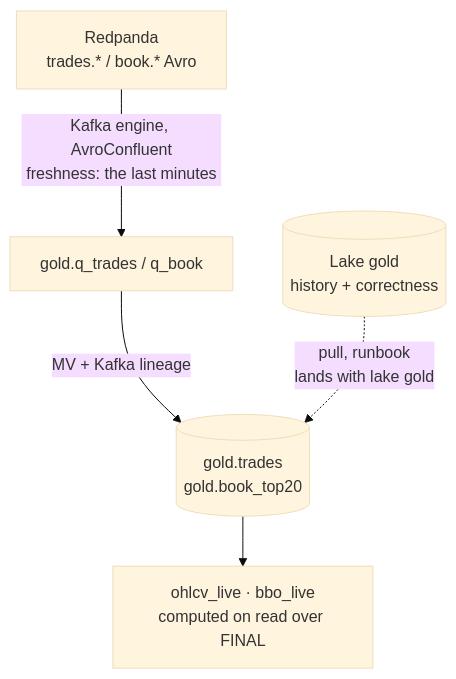
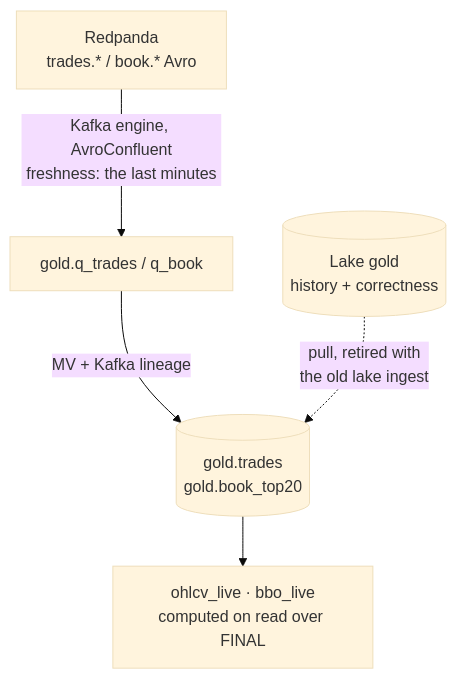
One commit to rjdscott/k2-market-data-platform changed the diagram in docker/clickhouse/README.md. Above: the diagram before and after it, drawn with Mermaid (base theme). The commit also changed other lines of this file and 31 other files, not shown here.

````diff
--- a/docker/clickhouse/README.md
+++ b/docker/clickhouse/README.md
@@ -19,7 +22,7 @@
 ```mermaid
 flowchart TB
   RP[Redpanda<br/>trades.* / book.* Avro] -->|Kafka engine, AvroConfluent<br/>freshness: the last minutes| Q[gold.q_trades / q_book]
   Q -->|MV + Kafka lineage| G[(gold.trades<br/>gold.book_top20)]
-  LK[(Lake gold<br/>history + correctness)] -.->|pull, runbook<br/>lands with lake gold| G
+  LK[(Lake gold<br/>history + correctness)] -.->|pull, retired with<br/>the old lake ingest| G
   G --> V[ohlcv_live · bbo_live<br/>computed on read over FINAL]
 ```
````
